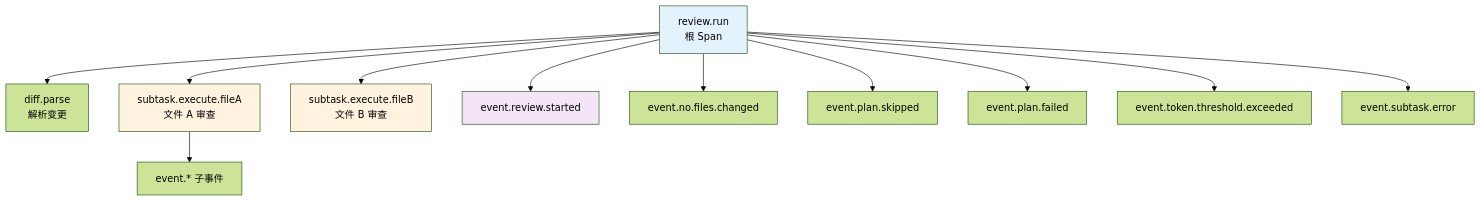
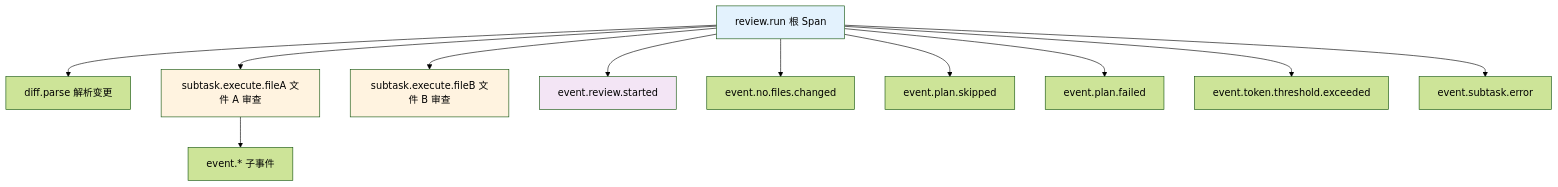
One commit to awesome-flexloop/awesome-okf changed the fifth of 10 diagrams in doc/bundles/jishu/ai/products/open-code-review/concepts/05-session-telemetry.md. Above: the diagram before and after it, drawn with Mermaid (forest theme). The commit also changed other lines of this file and 10 other files, not shown here.

First line of the commit message:
docs(bundle): 清偿 Open Code Review 存量 Mermaid 违规避免规范漂移累积

````diff
--- a/doc/bundles/jishu/ai/products/open-code-review/concepts/05-session-telemetry.md
+++ b/doc/bundles/jishu/ai/products/open-code-review/concepts/05-session-telemetry.md
@@ -339,20 +335,18 @@
 ```mermaid
 graph TB
-    RUN["review.run<br/>根 Span"]
-    RUN --> DIFF["diff.parse<br/>解析变更"]
-    RUN --> SUB1["subtask.execute.fileA<br/>文件 A 审查"]
-    RUN --> SUB2["subtask.execute.fileB<br/>文件 B 审查"]
+    RUN["review.run 根 Span"]
+    RUN --> DIFF["diff.parse 解析变更"]
+    RUN --> SUB1["subtask.execute.fileA 文件 A 审查"]
+    RUN --> SUB2["subtask.execute.fileB 文件 B 审查"]
     RUN --> EV1["event.review.started"]
     RUN --> EV2["event.no.files.changed"]
     RUN --> EV3["event.plan.skipped"]
     RUN --> EV4["event.plan.failed"]
     RUN --> EV5["event.token.threshold.exceeded"]
     RUN --> EV6["event.subtask.error"]
-
     SUB1 --> EV7["event.* 子事件"]
-
     style RUN fill:#e3f2fd
     style SUB1 fill:#fff3e0
     style SUB2 fill:#fff3e0
     style EV1 fill:#f3e5f5
 ```
````
